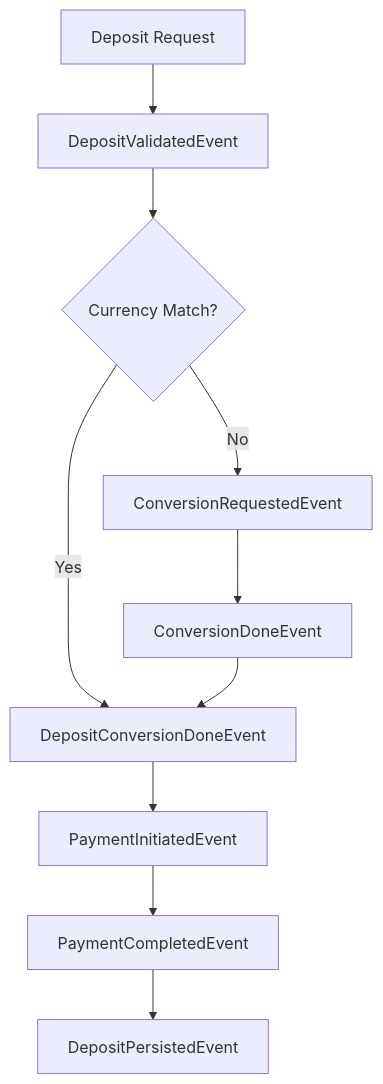
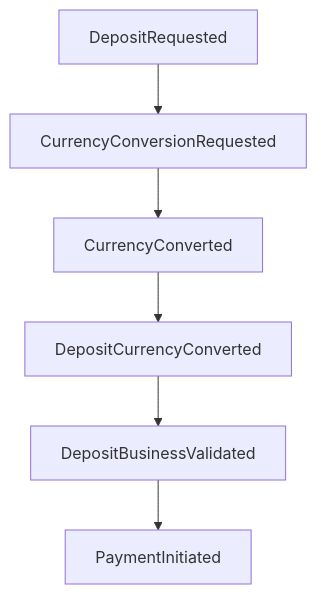
Before and after one commit to amirasaad/fintech: the first of 3 diagrams in docs/refactoring/event-driven-architecture.md, drawn with Mermaid. The commit also changed other lines of this file and 161 other files, not shown here.

````diff
--- a/docs/refactoring/event-driven-architecture.md
+++ b/docs/refactoring/event-driven-architecture.md
@@ -37,12 +37,8 @@
 ```mermaid
 graph TD
-    A[Deposit Request] --> B[DepositValidatedEvent]
-    B --> C{Currency Match?}
-    C -->|No| D[ConversionRequestedEvent]
-    C -->|Yes| E[DepositConversionDoneEvent]
-    D --> F[ConversionDoneEvent]
-    F --> E
-    E --> G[PaymentInitiatedEvent]
-    G --> H[PaymentCompletedEvent]
-    H --> I[DepositPersistedEvent]
+    A[DepositRequested] --> B[CurrencyConversionRequested]
+    B --> C[CurrencyConverted]
+    C --> D[DepositCurrencyConverted]
+    D --> E[DepositBusinessValidated]
+    E --> F[PaymentInitiated]
 ```
````
